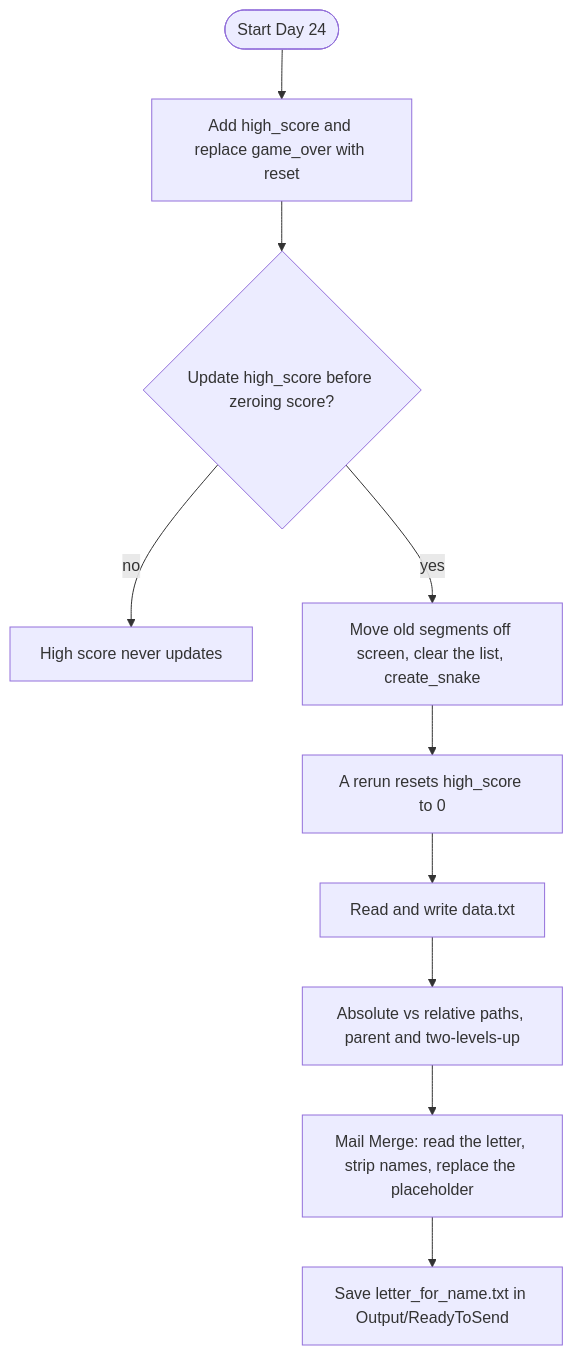
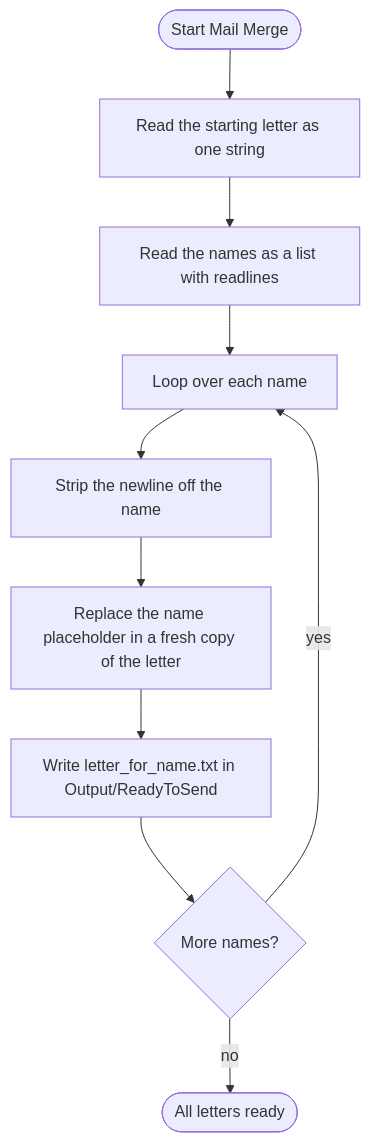
Before and after one commit to BearWitnezz/100-Days-of-Code: the diagram in day-24/roadmap.md, drawn with Mermaid. The commit also changed other lines of this file and 8 other files, not shown here.

Commit message:
Day 24: add Mail Merge letters, roadmap now Mail Merge only

````diff
--- a/day-24/roadmap.md
+++ b/day-24/roadmap.md
@@ -15,12 +13,12 @@
 ```mermaid
 flowchart TD
-    startBox([Start Day 24]) --> highScore[Add high_score and replace game_over with reset]
-    highScore --> orderCheck{Update high_score before zeroing score?}
-    orderCheck -->|no| neverUpdates[High score never updates]
-    orderCheck -->|yes| snakeReset[Move old segments off screen, clear the list, create_snake]
-    snakeReset --> memoryFlaw[A rerun resets high_score to 0]
-    memoryFlaw --> dataFile[Read and write data.txt]
-    dataFile --> paths[Absolute vs relative paths, parent and two-levels-up]
-    paths --> mailMerge[Mail Merge: read the letter, strip names, replace the placeholder]
-    mailMerge --> readyFolder[Save letter_for_name.txt in Output/ReadyToSend]
+    startBox([Start Mail Merge]) --> readLetter[Read the starting letter as one string]
+    readLetter --> readNames[Read the names as a list with readlines]
+    readNames --> loopNames[Loop over each name]
+    loopNames --> stripName[Strip the newline off the name]
+    stripName --> replaceName[Replace the name placeholder in a fresh copy of the letter]
+    replaceName --> writeLetter[Write letter_for_name.txt in Output/ReadyToSend]
+    writeLetter --> moreNames{More names?}
+    moreNames -->|yes| loopNames
+    moreNames -->|no| doneBox([All letters ready])
 ```
````
